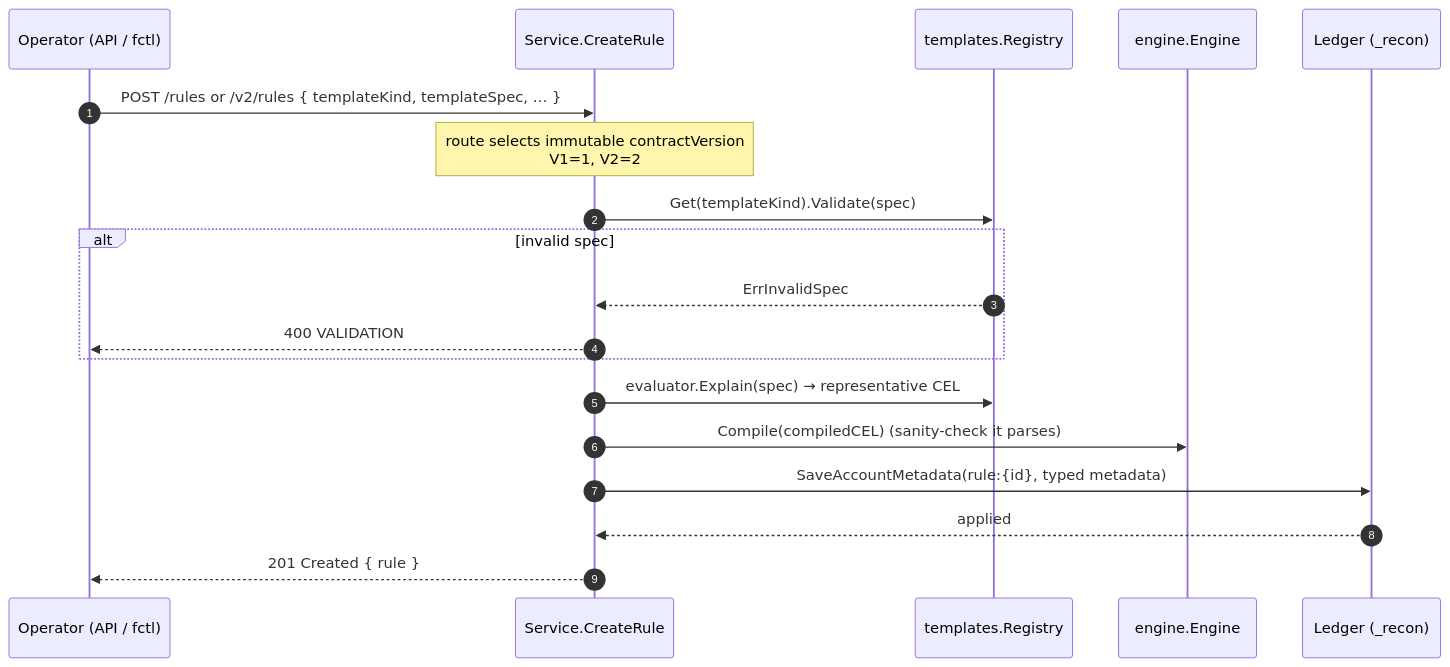
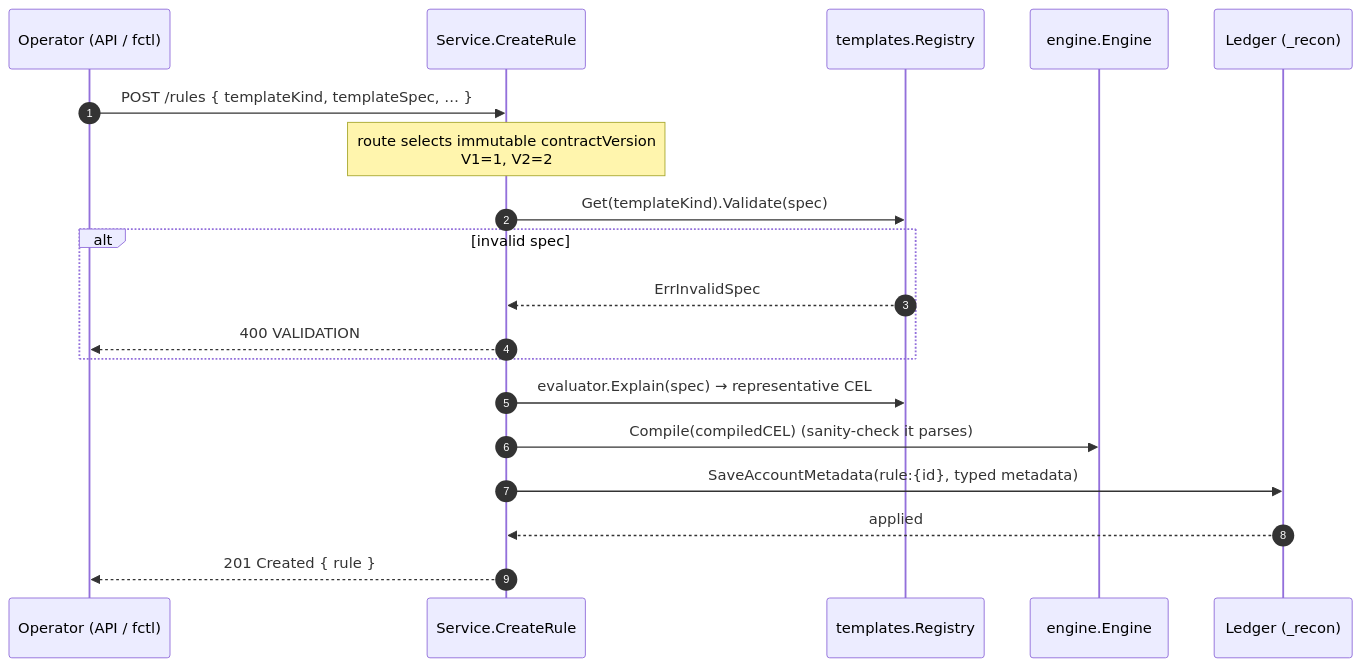
Before and after one commit to formancehq/reconciliation: the first of 8 diagrams in docs/technical/workflows.md, drawn with Mermaid. The commit also changed 13 other files, not shown here.

````diff
--- a/docs/technical/workflows.md
+++ b/docs/technical/workflows.md
@@ -22,22 +22,22 @@
 ```mermaid
 sequenceDiagram
     autonumber
     participant U   as Operator (API / fctl)
     participant Svc as Service.CreateRule
     participant Reg as templates.Registry
     participant Eng as engine.Engine
     participant L   as Ledger (_recon)
 
-    U->>Svc: POST /rules or /v2/rules { templateKind, templateSpec, … }
+    U->>Svc: POST /rules { templateKind, templateSpec, … }
     Note over Svc: route selects immutable contractVersion<br/>V1=1, V2=2
     Svc->>Reg: Get(templateKind).Validate(spec)
     alt invalid spec
         Reg-->>Svc: ErrInvalidSpec
         Svc-->>U: 400 VALIDATION
     end
     Svc->>Reg: evaluator.Explain(spec) → representative CEL
     Svc->>Eng: Compile(compiledCEL)  (sanity-check it parses)
     Svc->>L: SaveAccountMetadata(rule:{id}, typed metadata)
     L-->>Svc: applied
     Svc-->>U: 201 Created { rule }
 ```
````
